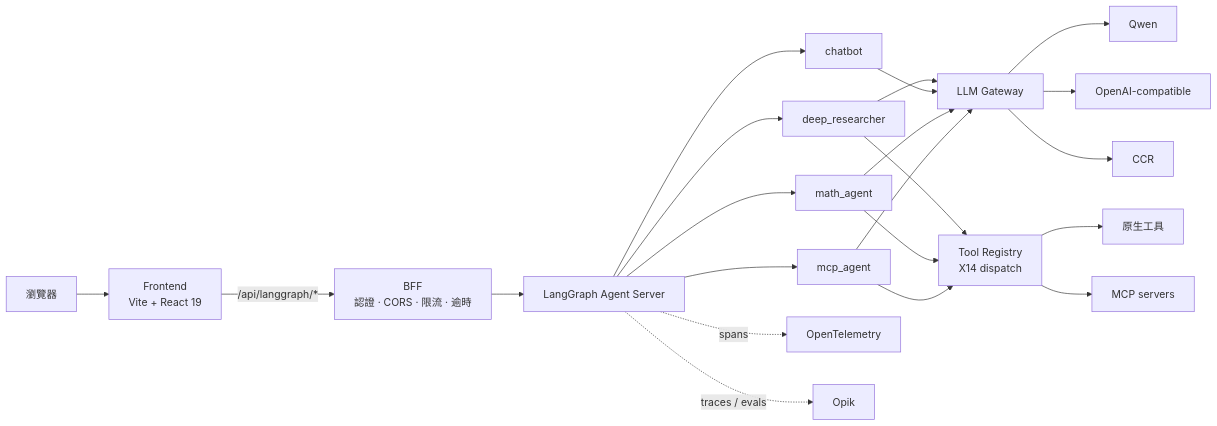
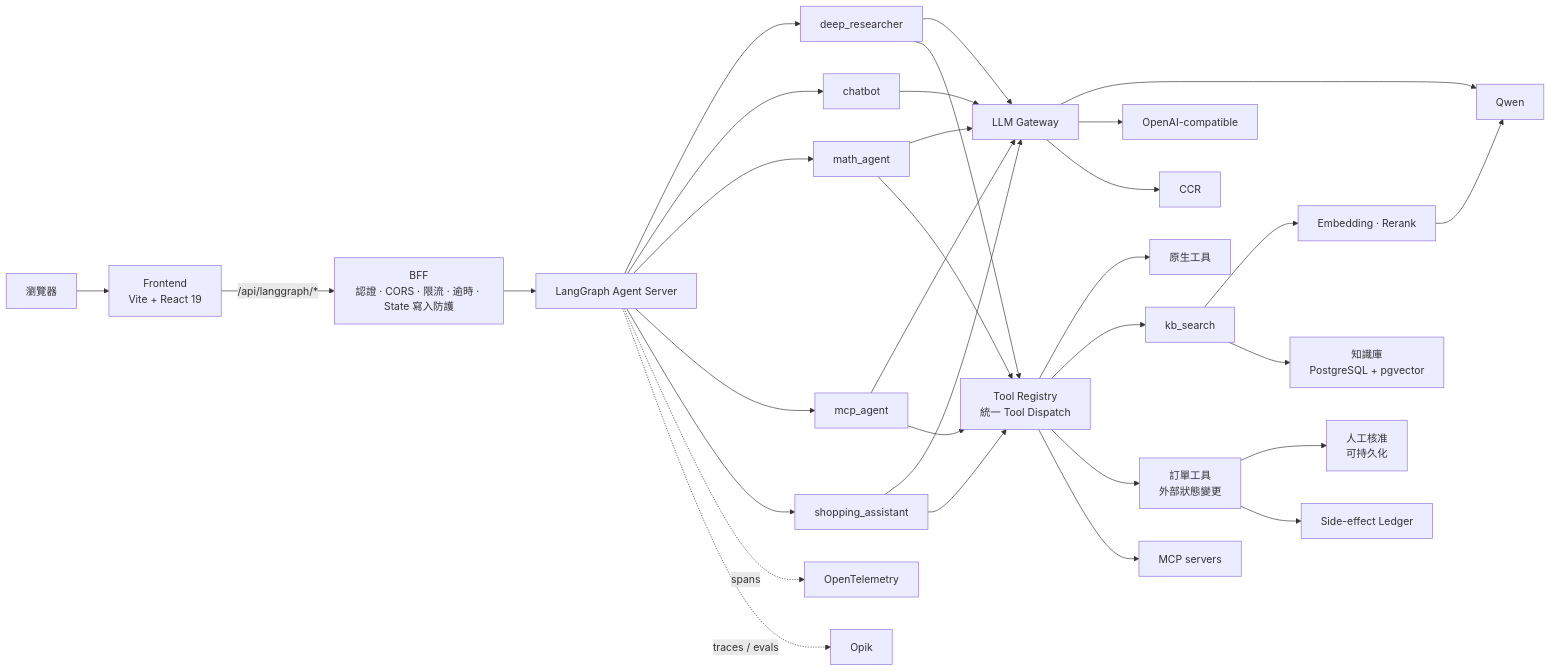
Before and after one commit to HsienW/chat-gun: the diagram in README.md, drawn with Mermaid. The commit also changed other lines of this file and 2 other files, not shown here.

````diff
--- a/README.md
+++ b/README.md
@@ -67,42 +159,59 @@
 ```mermaid
 flowchart LR
   B["瀏覽器"]
   F["Frontend<br/>Vite + React 19"]
-  G["BFF<br/>認證 · CORS · 限流 · 逾時"]
+  G["BFF<br/>認證 · CORS · 限流 · 逾時 · State 寫入防護"]
   L["LangGraph Agent Server"]
   A1["deep_researcher"]
   A2["chatbot"]
   A3["math_agent"]
   A4["mcp_agent"]
+  A5["shopping_assistant"]
   GW["LLM Gateway"]
   Q["Qwen"]
   O["OpenAI-compatible"]
   C["CCR"]
-  TR["Tool Registry<br/>X14 dispatch"]
+  TR["Tool Registry<br/>統一 Tool Dispatch"]
   NT["原生工具"]
+  KB["kb_search"]
+  OD["訂單工具<br/>外部狀態變更"]
   MT["MCP servers"]
+  EM["Embedding · Rerank"]
+  KS["知識庫<br/>PostgreSQL + pgvector"]
+  HI["人工核准<br/>可持久化"]
+  LG["Side-effect Ledger"]
   OT["OpenTelemetry"]
   OP["Opik"]
 
   B --> F
   F -->|"/api/langgraph/*"| G
   G --> L
   L --> A1
   L --> A2
   L --> A3
   L --> A4
+  L --> A5
   A1 --> GW
   A2 --> GW
   A3 --> GW
   A4 --> GW
+  A5 --> GW
   GW --> Q
   GW --> O
   GW --> C
   A1 --> TR
   A3 --> TR
   A4 --> TR
+  A5 --> TR
   TR --> NT
+  TR --> KB
+  TR --> OD
   TR --> MT
+  KB --> EM
+  KB --> KS
+  EM --> Q
+  OD --> HI
+  OD --> LG
   L -.->|"spans"| OT
   L -.->|"traces / evals"| OP
 ```
````
